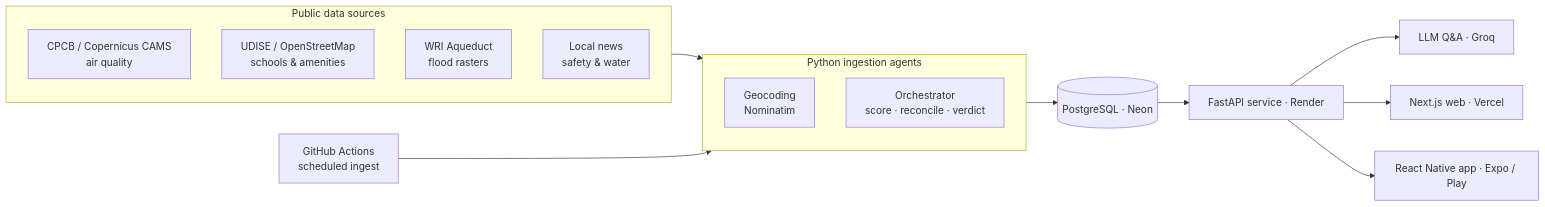
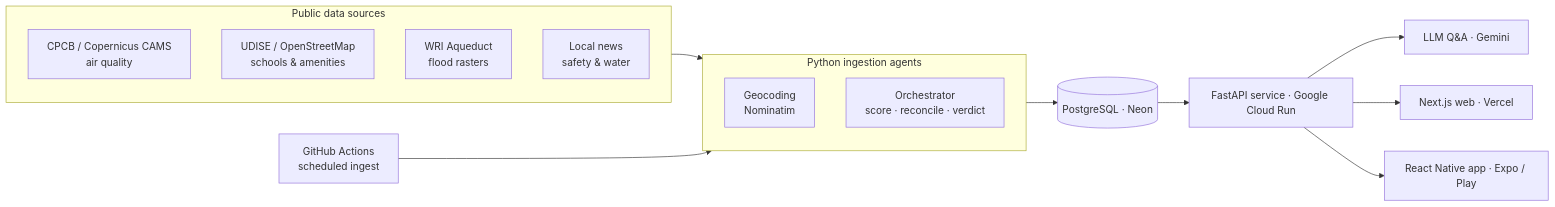
One commit to shubhamsinha503/neighbour-trust changed the diagram in README.md. Above: the diagram before and after it, drawn with Mermaid. The commit also changed other lines of this file and 7 other files, not shown here.

First line of the commit message:
chore: remove retired Render host across codebase; API is Google Cloud Run (Gemini)

````diff
--- a/README.md
+++ b/README.md
@@ -75,23 +75,23 @@
 ```mermaid
 flowchart LR
   subgraph Sources["Public data sources"]
     A1[CPCB / Copernicus CAMS<br/>air quality]
     A2[UDISE / OpenStreetMap<br/>schools & amenities]
     A3[WRI Aqueduct<br/>flood rasters]
     A4[Local news<br/>safety & water]
   end
 
   subgraph Agents["Python ingestion agents"]
     B1[Geocoding<br/>Nominatim]
     B2[Orchestrator<br/>score · reconcile · verdict]
   end
 
   Sources --> Agents
   CI[GitHub Actions<br/>scheduled ingest] --> Agents
   Agents --> DB[(PostgreSQL · Neon)]
-  DB --> API[FastAPI service · Render]
-  API --> Groq[LLM Q&A · Groq]
+  DB --> API[FastAPI service · Google Cloud Run]
+  API --> Gemini[LLM Q&A · Gemini]
 
   API --> Web[Next.js web · Vercel]
   API --> Mobile[React Native app · Expo / Play]
 ```
````
